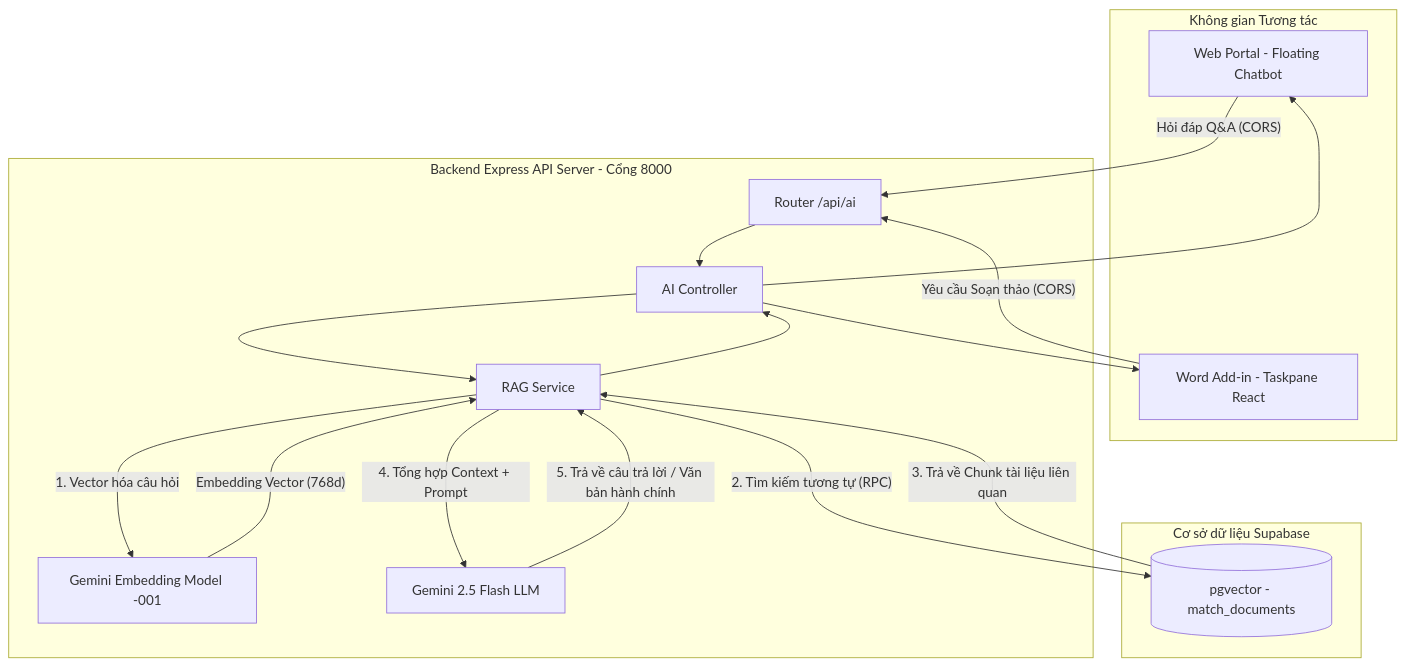
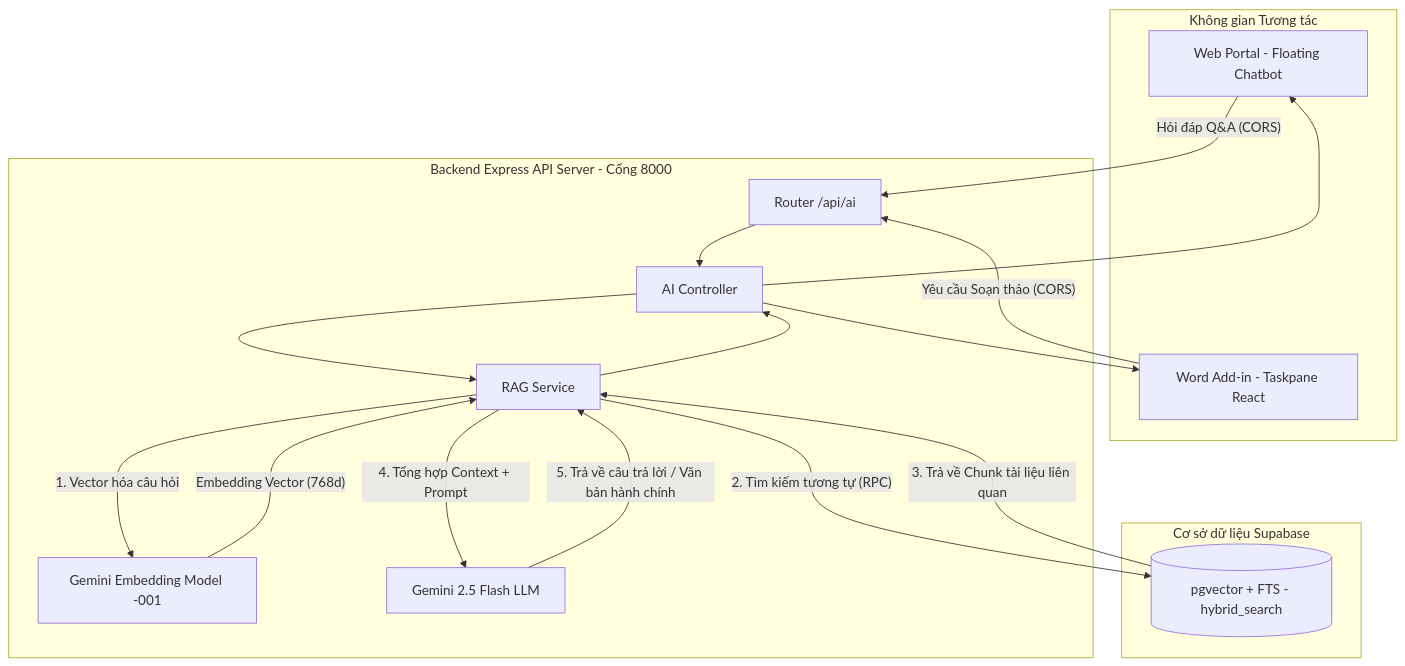
Before and after one commit to Dinhviethd/OfficeBuddy: the diagram in README.md, drawn with Mermaid. The commit also changed other lines of this file and 22 other files, not shown here.

````diff
--- a/README.md
+++ b/README.md
@@ -36,39 +36,39 @@
 ```mermaid
 graph TD
     %% Clients
     subgraph Clients [Không gian Tương tác]
         WP[Web Portal - Floating Chatbot]
         WA[Word Add-in - Taskpane React]
     end
 
     %% API Server
     subgraph Server [Backend Express API Server - Cổng 8000]
         Router[Router /api/ai]
         Ctrl[AI Controller]
         RAG[RAG Service]
         Embed[Gemini Embedding Model -001]
         LLM[Gemini 2.5 Flash LLM]
     end
 
     %% Vector Database
     subgraph DB [Cơ sở dữ liệu Supabase]
-        PgVector[(pgvector - match_documents)]
+        PgVector[(pgvector + FTS - hybrid_search)]
     end
 
     %% Connections
     WP -- "Hỏi đáp Q&A (CORS)" --> Router
     WA -- "Yêu cầu Soạn thảo (CORS)" --> Router
     Router --> Ctrl
     Ctrl --> RAG
     
     %% RAG Pipeline
     RAG -- "1. Vector hóa câu hỏi" --> Embed
     Embed -- "Embedding Vector (768d)" --> RAG
     RAG -- "2. Tìm kiếm tương tự (RPC)" --> PgVector
     PgVector -- "3. Trả về Chunk tài liệu liên quan" --> RAG
     RAG -- "4. Tổng hợp Context + Prompt" --> LLM
     LLM -- "5. Trả về câu trả lời / Văn bản hành chính" --> RAG
     RAG --> Ctrl
     Ctrl --> WP
     Ctrl --> WA
 ```
````
